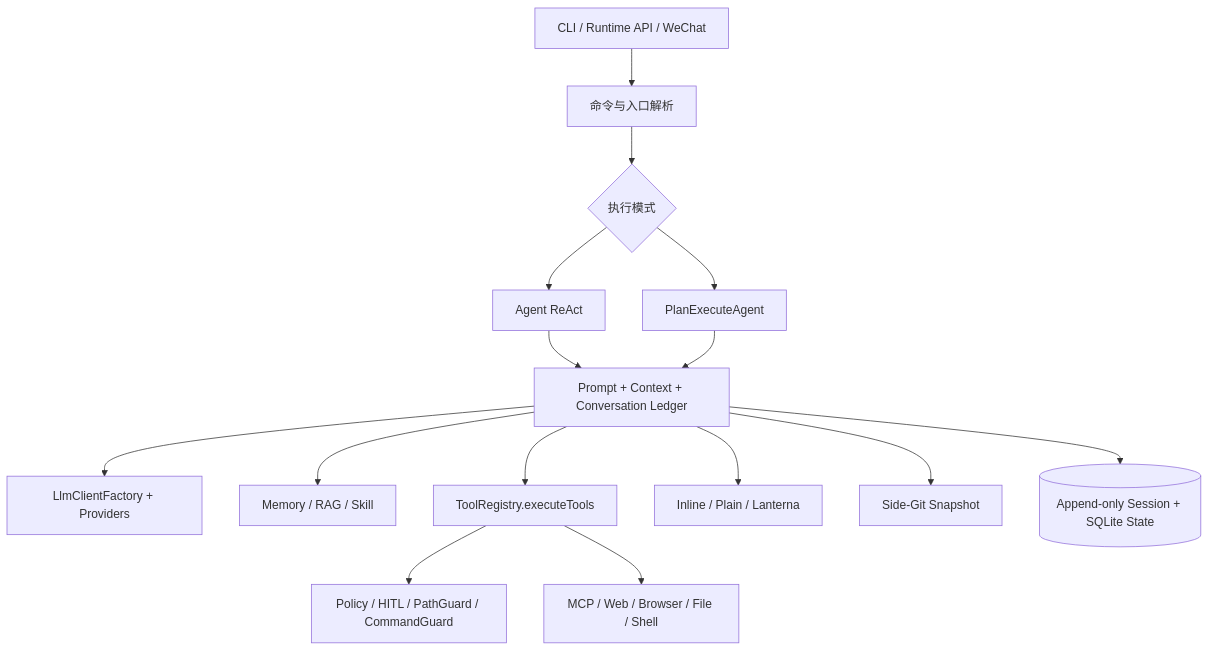
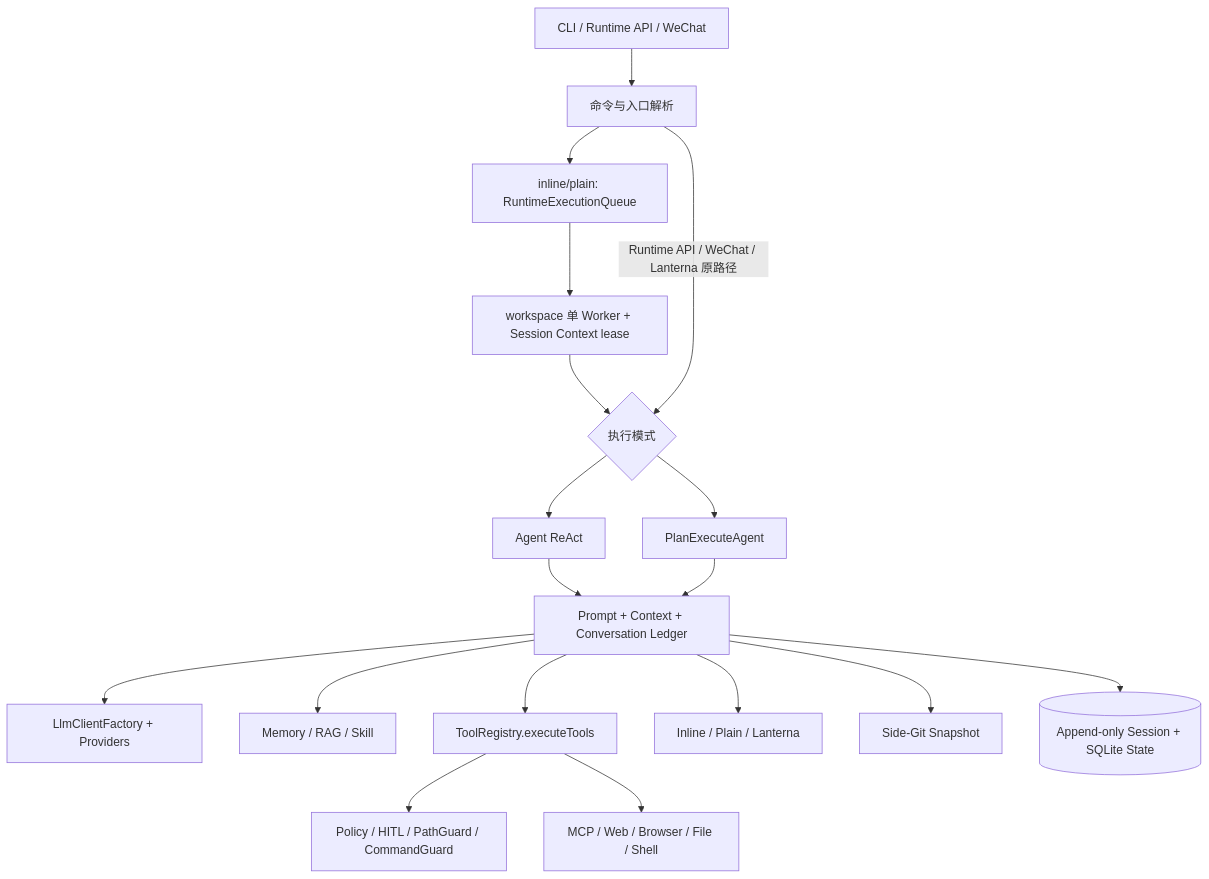
One commit to zgjdev/Code-Agent changed the diagram in README.md. Above: the diagram before and after it, drawn with Mermaid. The commit also changed other lines of this file and 23 other files, not shown here.

Commit message:
feat(runtime): complete session contexts and synchronize runtime docs

````diff
--- a/README.md
+++ b/README.md
@@ -409,17 +417,20 @@
 ```mermaid
 graph TB
     CLI[CLI / Runtime API / WeChat] --> ENTRY[命令与入口解析]
-    ENTRY --> MODE{执行模式}
+    ENTRY --> QUEUE[inline/plain: RuntimeExecutionQueue]
+    QUEUE --> WORKER[workspace 单 Worker + Session Context lease]
+    WORKER --> MODE{执行模式}
+    ENTRY -->|Runtime API / WeChat / Lanterna 原路径| MODE
     MODE --> REACT[Agent ReAct]
     MODE --> PLAN[PlanExecuteAgent]
     REACT --> CORE[Prompt + Context + Conversation Ledger]
     PLAN --> CORE
     CORE --> LLM[LlmClientFactory + Providers]
     CORE --> MEMORY[Memory / RAG / Skill]
     CORE --> TOOLS[ToolRegistry.executeTools]
     TOOLS --> POLICY[Policy / HITL / PathGuard / CommandGuard]
     TOOLS --> EXT[MCP / Web / Browser / File / Shell]
     CORE --> RENDER[Inline / Plain / Lanterna]
     CORE --> SNAP[Side-Git Snapshot]
     CORE --> SESSION[(Append-only Session + SQLite State)]
 ```
````
